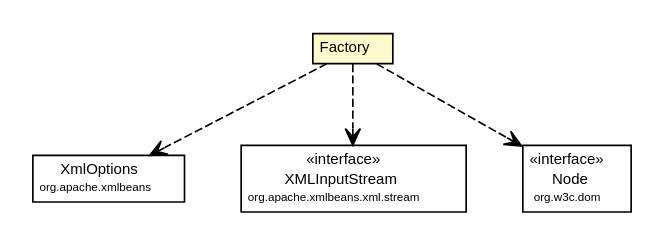
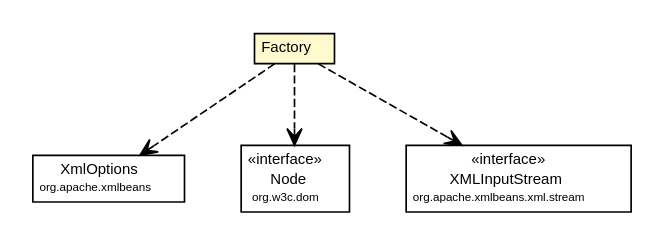
The diagram in site/apidocs/org/synchronoss/cpo/cassandra/cpoCassandraConfig/CtCredentials.Factory.dot (synchronoss/cpo-api), drawn with Graphviz before and after one commit. The commit also changed 1206 other files, not shown here.

```diff
--- a/site/apidocs/org/synchronoss/cpo/cassandra/cpoCassandraConfig/CtCredentials.Factory.dot
+++ b/site/apidocs/org/synchronoss/cpo/cassandra/cpoCassandraConfig/CtCredentials.Factory.dot
@@ -1,45 +1,45 @@
 #!/usr/local/bin/dot
 #
 # Class diagram 
 # Generated by UmlGraph version 4.6 (http://www.spinellis.gr/sw/umlgraph)
 #
 
 digraph G {
 	edge [fontname="Helvetica",fontsize=10,labelfontname="Helvetica",labelfontsize=10];
 	node [fontname="Helvetica",fontsize=10,shape=plaintext];
 	// org.synchronoss.cpo.cassandra.cpoCassandraConfig.CtCredentials.Factory
 	c51012 [label=<<table border="0" cellborder="1" cellspacing="0" cellpadding="2" port="p" bgcolor="lemonChiffon" href="./CtCredentials.Factory.html">
 		<tr><td><table border="0" cellspacing="0" cellpadding="1">
 			<tr><td> Factory </td></tr>
 		</table></td></tr>
 		</table>>, fontname="Helvetica", fontcolor="black", fontsize=9.0];
 	// org.synchronoss.cpo.cassandra.cpoCassandraConfig.CtCredentials.Factory DEPEND org.apache.xmlbeans.XmlOptions
 	c51012:p -> c51027:p [taillabel="", label="", headlabel="", fontname="Helvetica", fontcolor="black", fontsize=10.0, color="black", arrowhead=open, style=dashed];
+	// org.synchronoss.cpo.cassandra.cpoCassandraConfig.CtCredentials.Factory DEPEND org.w3c.dom.Node
+	c51012:p -> c51028:p [taillabel="", label="", headlabel="", fontname="Helvetica", fontcolor="black", fontsize=10.0, color="black", arrowhead=open, style=dashed];
 	// org.synchronoss.cpo.cassandra.cpoCassandraConfig.CtCredentials.Factory DEPEND org.apache.xmlbeans.xml.stream.XMLInputStream
-	c51012:p -> c51028:p [taillabel="", label="", headlabel="", fontname="Helvetica", fontcolor="black", fontsize=10.0, color="black", arrowhead=open, style=dashed];
-	// org.synchronoss.cpo.cassandra.cpoCassandraConfig.CtCredentials.Factory DEPEND org.w3c.dom.Node
 	c51012:p -> c51029:p [taillabel="", label="", headlabel="", fontname="Helvetica", fontcolor="black", fontsize=10.0, color="black", arrowhead=open, style=dashed];
 	// org.apache.xmlbeans.xml.stream.XMLInputStream
-	c51028 [label=<<table border="0" cellborder="1" cellspacing="0" cellpadding="2" port="p" href="http://java.sun.com/j2se/1.4.2/docs/api/org/apache/xmlbeans/xml/stream/XMLInputStream.html">
+	c51029 [label=<<table border="0" cellborder="1" cellspacing="0" cellpadding="2" port="p" href="http://java.sun.com/j2se/1.4.2/docs/api/org/apache/xmlbeans/xml/stream/XMLInputStream.html">
 		<tr><td><table border="0" cellspacing="0" cellpadding="1">
 			<tr><td> &laquo;interface&raquo; </td></tr>
 			<tr><td> XMLInputStream </td></tr>
 			<tr><td><font point-size="7.0"> org.apache.xmlbeans.xml.stream </font></td></tr>
 		</table></td></tr>
 		</table>>, fontname="Helvetica", fontcolor="black", fontsize=9.0];
 	// org.apache.xmlbeans.XmlOptions
 	c51027 [label=<<table border="0" cellborder="1" cellspacing="0" cellpadding="2" port="p" href="http://java.sun.com/j2se/1.4.2/docs/api/org/apache/xmlbeans/XmlOptions.html">
 		<tr><td><table border="0" cellspacing="0" cellpadding="1">
 			<tr><td> XmlOptions </td></tr>
 			<tr><td><font point-size="7.0"> org.apache.xmlbeans </font></td></tr>
 		</table></td></tr>
 		</table>>, fontname="Helvetica", fontcolor="black", fontsize=9.0];
 	// org.w3c.dom.Node
-	c51029 [label=<<table border="0" cellborder="1" cellspacing="0" cellpadding="2" port="p" href="http://java.sun.com/j2se/1.4.2/docs/api/org/w3c/dom/Node.html">
+	c51028 [label=<<table border="0" cellborder="1" cellspacing="0" cellpadding="2" port="p" href="http://java.sun.com/j2se/1.4.2/docs/api/org/w3c/dom/Node.html">
 		<tr><td><table border="0" cellspacing="0" cellpadding="1">
 			<tr><td> &laquo;interface&raquo; </td></tr>
 			<tr><td> Node </td></tr>
 			<tr><td><font point-size="7.0"> org.w3c.dom </font></td></tr>
 		</table></td></tr>
 		</table>>, fontname="Helvetica", fontcolor="black", fontsize=9.0];
 }
```
